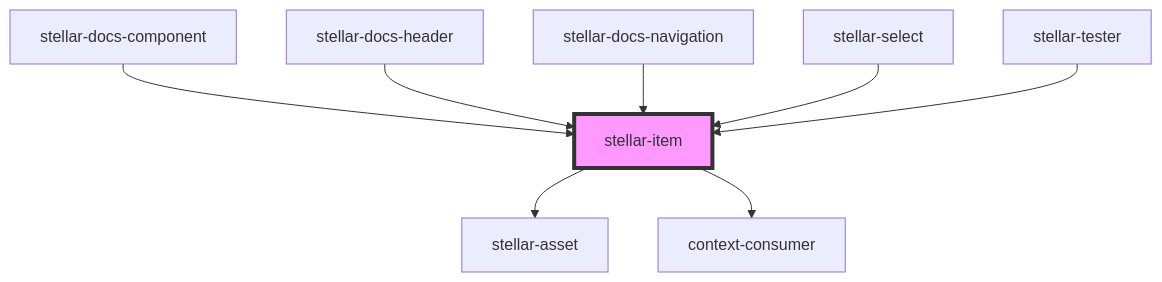
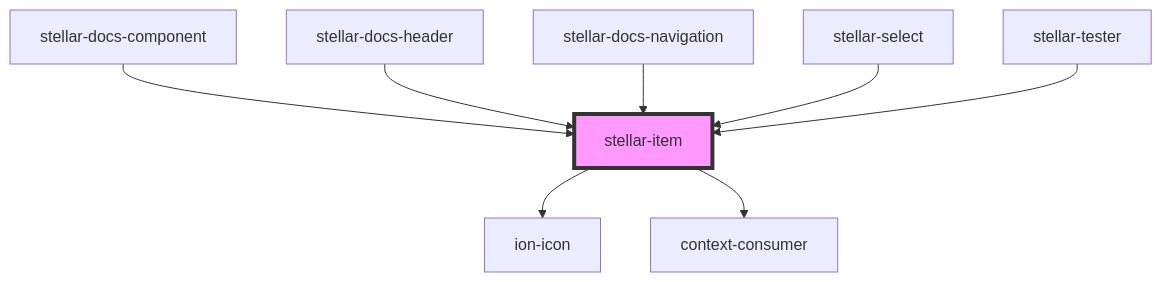
The diagram in src/components/forms/item/readme.md (splitinfinities/Stellar), drawn with Mermaid before and after one commit. The commit also changed other lines of this file and 108 other files, not shown here.

Commit message:
Remove stellar-asset.

````diff
--- a/src/components/forms/item/readme.md
+++ b/src/components/forms/item/readme.md
@@ -102,11 +102,11 @@
 ```mermaid
 graph TD;
-  stellar-item --> stellar-asset
+  stellar-item --> ion-icon
   stellar-item --> context-consumer
   stellar-docs-component --> stellar-item
   stellar-docs-header --> stellar-item
   stellar-docs-navigation --> stellar-item
   stellar-select --> stellar-item
   stellar-tester --> stellar-item
   style stellar-item fill:#f9f,stroke:#333,stroke-width:4px
 ```
````
